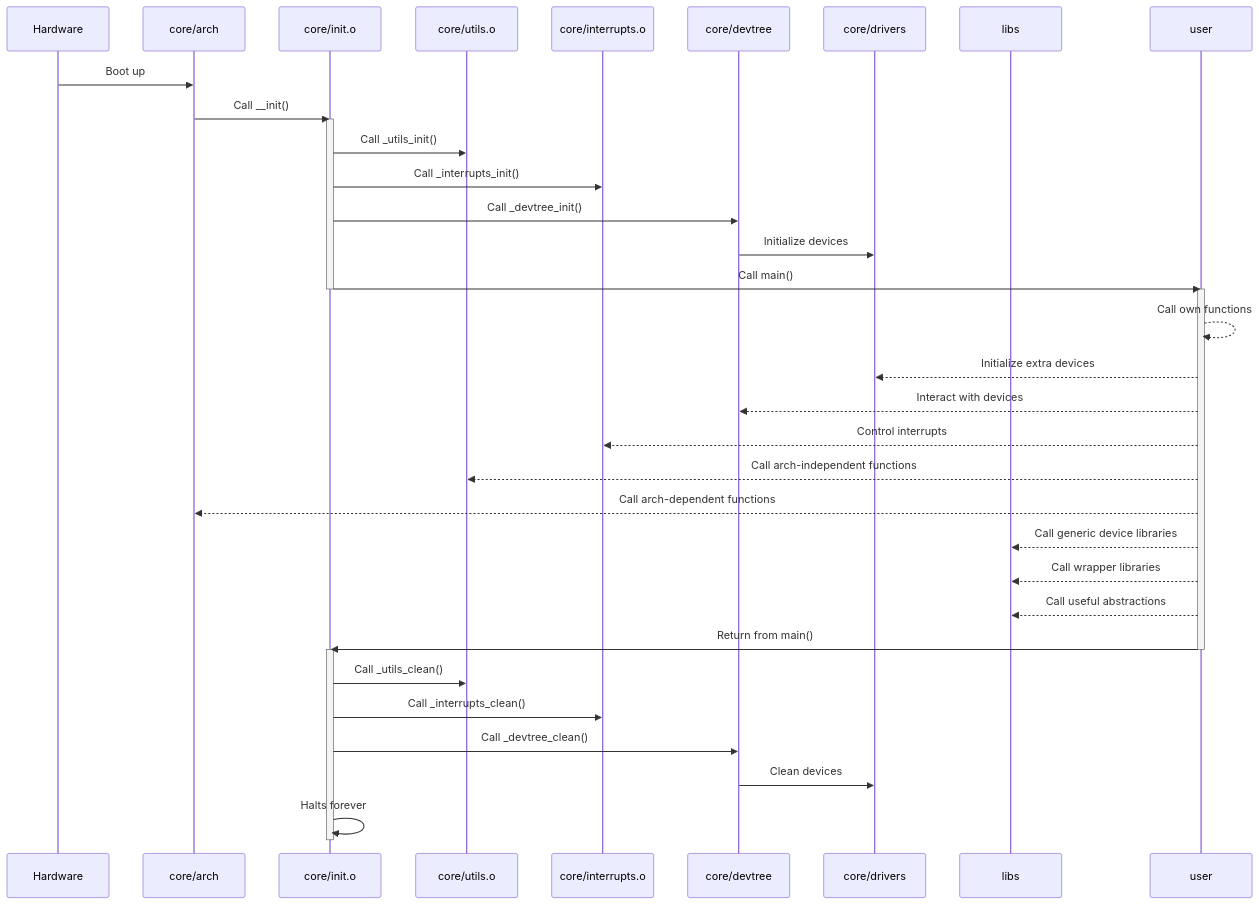
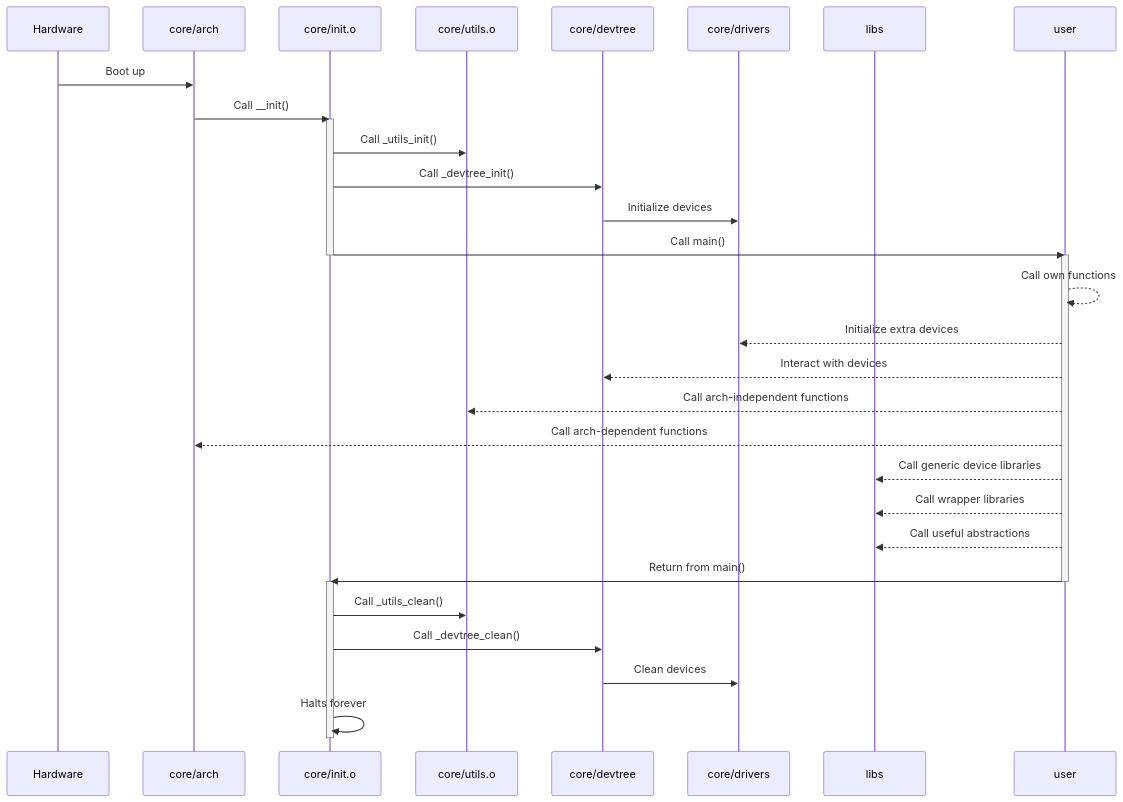
The diagram in README.md (reshsix/vermillion), drawn with Mermaid before and after one commit. The commit also changed other lines of this file and 8 other files, not shown here.

````diff
--- a/README.md
+++ b/README.md
@@ -74,40 +74,36 @@
 ```mermaid
 sequenceDiagram
     participant Hardware
     participant core/arch
     participant core/init.o
     participant core/utils.o
-    participant core/interrupts.o
     participant core/devtree
     participant core/drivers
     participant libs
     participant user
     Hardware->>core/arch: Boot up
     core/arch->>core/init.o: Call __init()
     activate core/init.o
     core/init.o->>core/utils.o: Call _utils_init()
-    core/init.o->>core/interrupts.o: Call _interrupts_init()
     core/init.o->>core/devtree: Call _devtree_init()
     core/devtree->>core/drivers: Initialize devices
     core/init.o->>user: Call main()
     deactivate core/init.o
     activate user
     user-->>user: Call own functions
     user-->>core/drivers: Initialize extra devices
     user-->>core/devtree: Interact with devices
-    user-->>core/interrupts.o: Control interrupts
     user-->>core/utils.o: Call arch-independent functions
     user-->>core/arch: Call arch-dependent functions
     user-->>libs: Call generic device libraries
     user-->>libs: Call wrapper libraries
     user-->>libs: Call useful abstractions
     user->>core/init.o: Return from main()
     deactivate user
     activate core/init.o
     core/init.o->>core/utils.o: Call _utils_clean()
-    core/init.o->>core/interrupts.o: Call _interrupts_clean()
     core/init.o->>core/devtree: Call _devtree_clean()
     core/devtree->>core/drivers: Clean devices
     core/init.o->>core/init.o: Halts forever
     deactivate core/init.o
 ```
````
